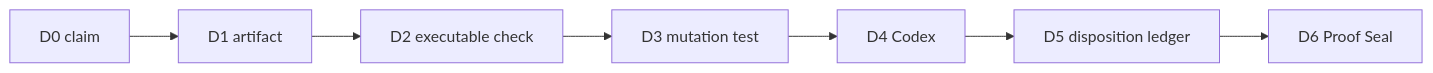
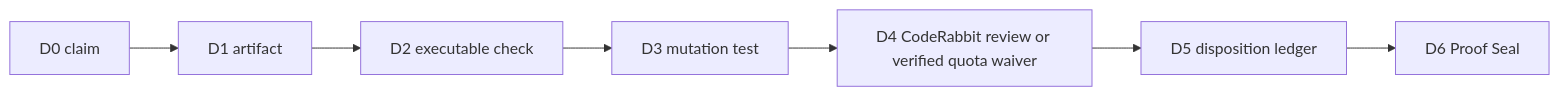
Before and after one commit to safal207/robys-coffee-house-demo: the diagram in docs/proof-depth-graph.md, drawn with Mermaid. The commit also changed other lines of this file, not shown here.

Commit message:
docs: update PDG for CodeRabbit outcome

````diff
--- a/docs/proof-depth-graph.md
+++ b/docs/proof-depth-graph.md
@@ -21,9 +21,9 @@
 ```mermaid
 flowchart LR
   C["D0 claim"] --> A["D1 artifact"]
   A --> V["D2 executable check"]
   V --> M["D3 mutation test"]
-  M --> R["D4 Codex"]
+  M --> R["D4 CodeRabbit review or verified quota waiver"]
   R --> L["D5 disposition ledger"]
   L --> S["D6 Proof Seal"]
 ```
````
